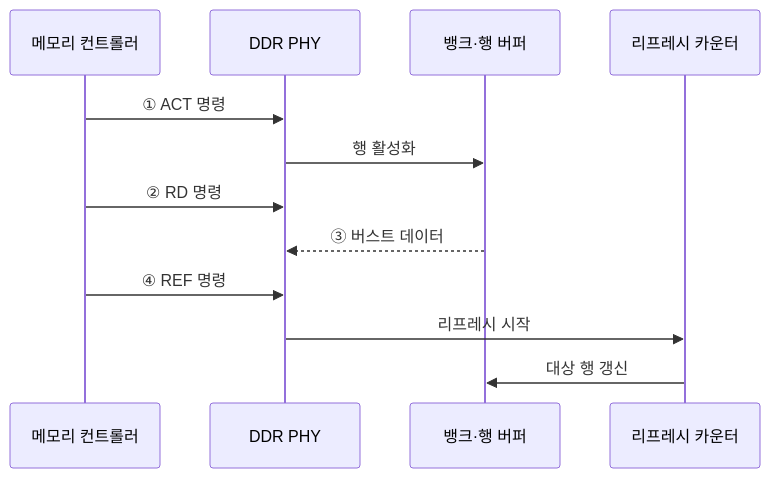
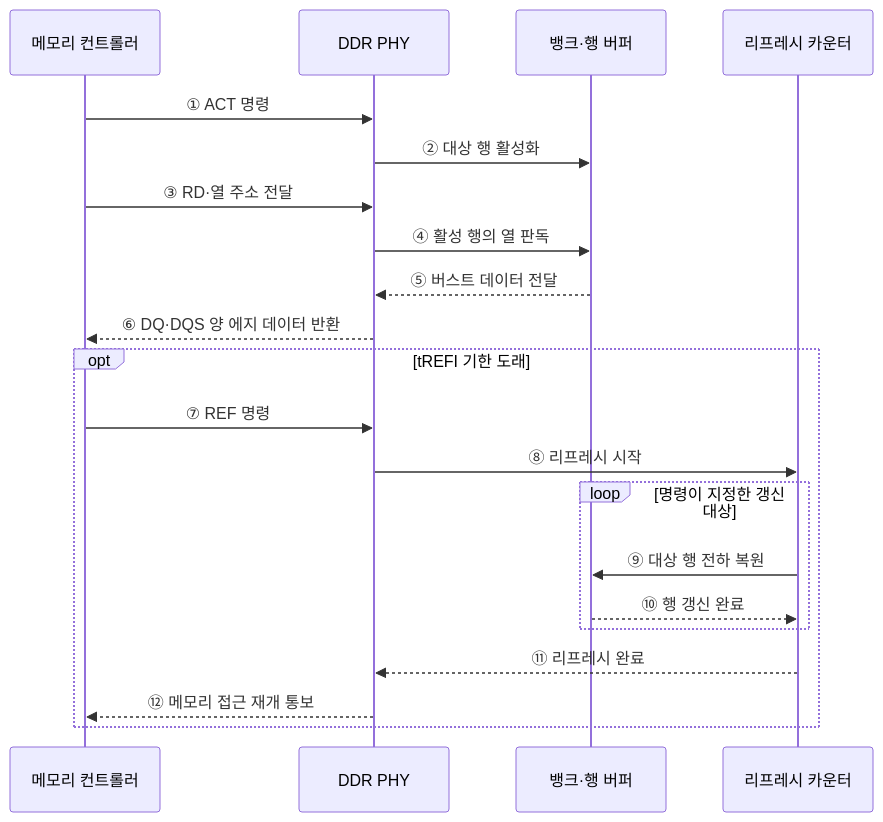
One commit to agnusdei1207/knowledge-base changed the second of 2 diagrams in src/content/docs/notes/02-hardware/024_ddr_sdram_refresh.md. Above: the diagram before and after it, drawn with Mermaid. The commit also changed other lines of this file and 20 other files, not shown here.

````diff
--- a/src/content/docs/notes/02-hardware/024_ddr_sdram_refresh.md
+++ b/src/content/docs/notes/02-hardware/024_ddr_sdram_refresh.md
@@ -83,14 +83,23 @@
 ```mermaid
 sequenceDiagram
     participant C as 메모리 컨트롤러
     participant P as DDR PHY
     participant B as 뱅크·행 버퍼
     participant R as 리프레시 카운터
     C->>P: ① ACT 명령
-    P->>B: 행 활성화
-    C->>P: ② RD 명령
-    B-->>P: ③ 버스트 데이터
-    C->>P: ④ REF 명령
-    P->>R: 리프레시 시작
-    R->>B: 대상 행 갱신
+    P->>B: ② 대상 행 활성화
+    C->>P: ③ RD·열 주소 전달
+    P->>B: ④ 활성 행의 열 판독
+    B-->>P: ⑤ 버스트 데이터 전달
+    P-->>C: ⑥ DQ·DQS 양 에지 데이터 반환
+    opt tREFI 기한 도래
+        C->>P: ⑦ REF 명령
+        P->>R: ⑧ 리프레시 시작
+        loop 명령이 지정한 갱신 대상
+            R->>B: ⑨ 대상 행 전하 복원
+            B-->>R: ⑩ 행 갱신 완료
+        end
+        R-->>P: ⑪ 리프레시 완료
+        P-->>C: ⑫ 메모리 접근 재개 통보
+    end
 ```
````
